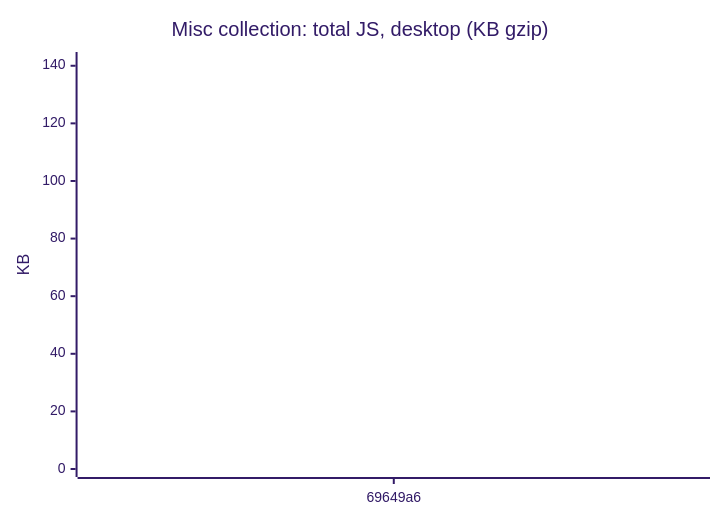
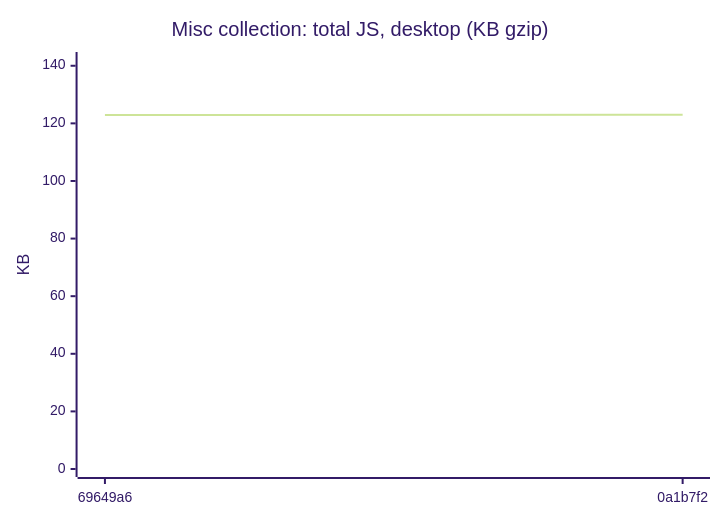
Before and after one commit to AxelUser/maltsev.space: the ninth of 18 diagrams in README.md, drawn with Mermaid (forest theme). The commit also changed other lines of this file and 1 other file, not shown here.

````diff
--- a/README.md
+++ b/README.md
@@ -107,7 +107,7 @@
 ```mermaid
 xychart-beta
   title "Misc collection: total JS, desktop (KB gzip)"
-  x-axis ["69649a6"]
+  x-axis ["69649a6", "0a1b7f2"]
   y-axis "KB" 0 --> 142
-  line [122.9]
+  line [122.9, 123]
 ```
````
